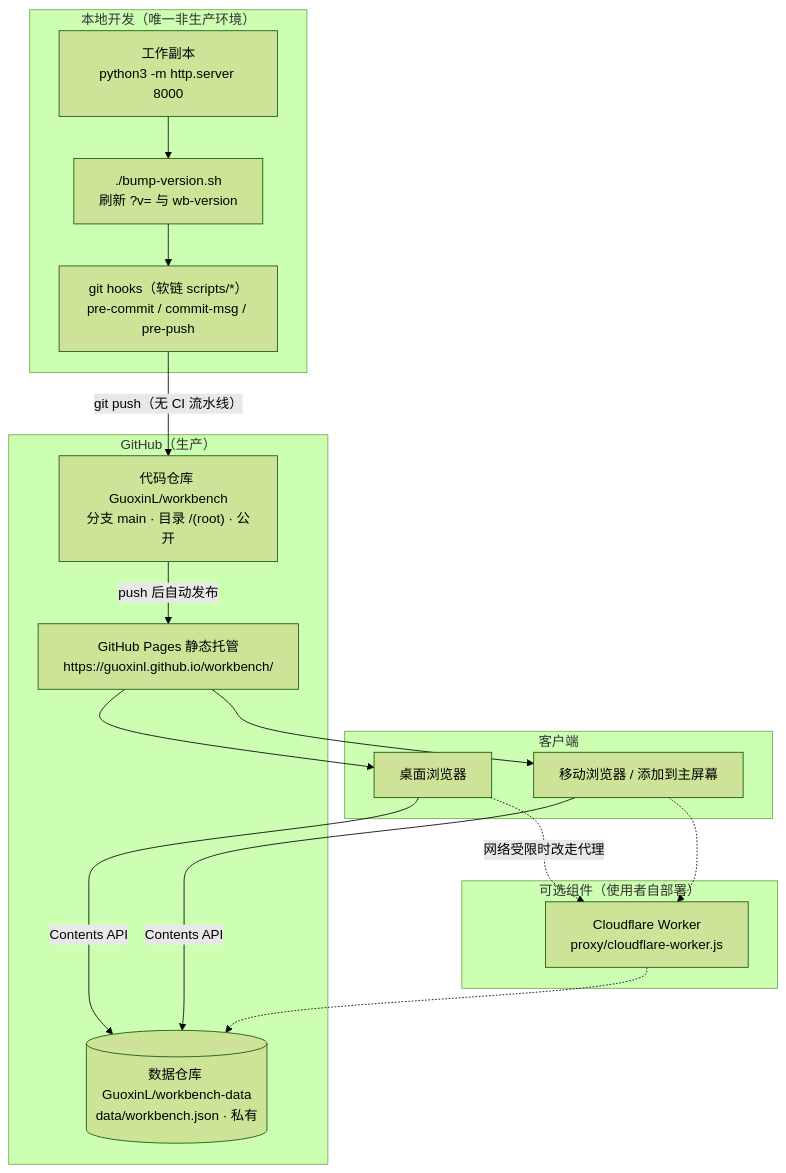
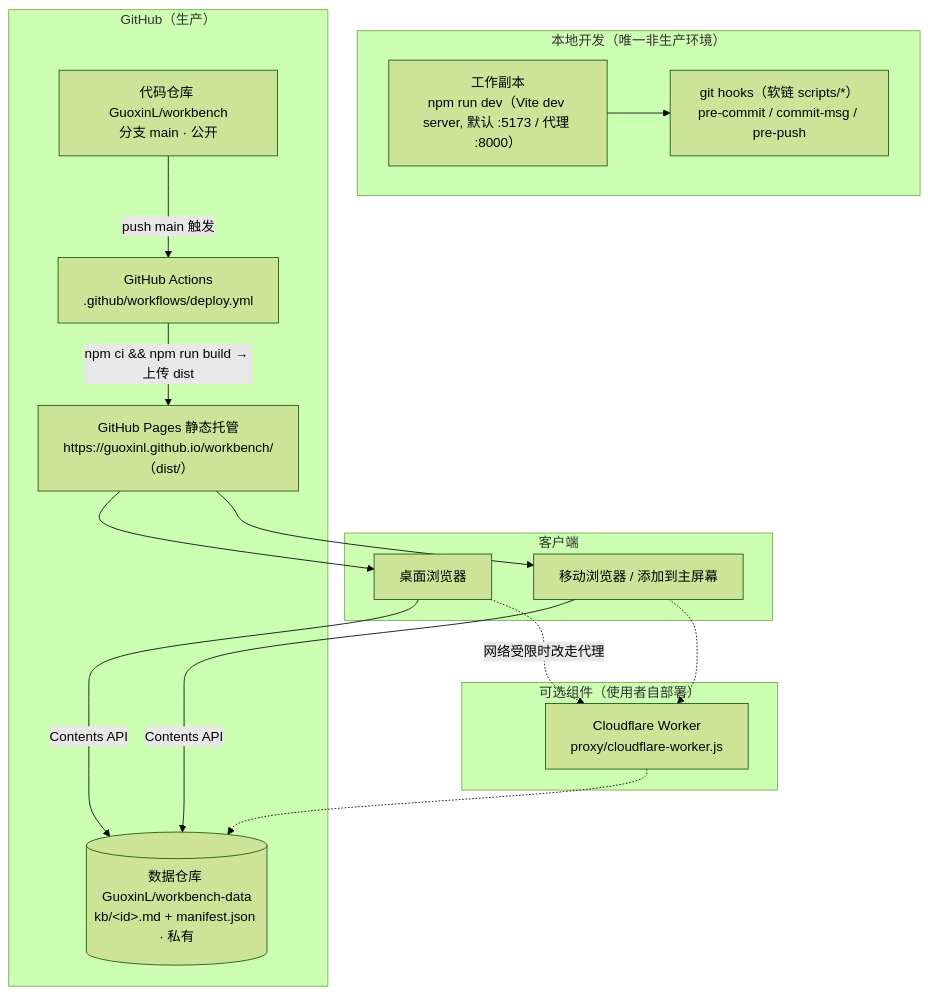
The fifth of 5 diagrams in .harness/docs/architecture.md (GuoxinL/workbench), drawn with Mermaid (forest theme) before and after one commit. The commit also changed other lines of this file and 27 other files, not shown here.

````diff
--- a/.harness/docs/architecture.md
+++ b/.harness/docs/architecture.md
@@ -296,34 +319,34 @@
 ```mermaid
 graph TD
     subgraph Dev["本地开发（唯一非生产环境）"]
-        SRC["工作副本<br/>python3 -m http.server 8000"]
+        SRC["工作副本<br/>npm run dev（Vite dev server, 默认 :5173 / 代理 :8000）"]
         HOOK["git hooks（软链 scripts/*）<br/>pre-commit / commit-msg / pre-push"]
-        BUMP["./bump-version.sh<br/>刷新 ?v= 与 wb-version"]
-        SRC --> BUMP --> HOOK
+        SRC --> HOOK
     end
 
     subgraph GitHubOrg["GitHub（生产）"]
-        CodeRepo["代码仓库 GuoxinL/workbench<br/>分支 main · 目录 /(root) · 公开"]
-        PagesCDN["GitHub Pages 静态托管<br/>https://guoxinl.github.io/workbench/"]
-        DataRepo[("数据仓库 GuoxinL/workbench-data<br/>data/workbench.json · 私有")]
-        CodeRepo -->|"push 后自动发布"| PagesCDN
+        CodeRepo["代码仓库 GuoxinL/workbench<br/>分支 main · 公开"]
+        Actions["GitHub Actions<br/>.github/workflows/deploy.yml"]
+        PagesCDN["GitHub Pages 静态托管<br/>https://guoxinl.github.io/workbench/（dist/）"]
+        DataRepo[("数据仓库 GuoxinL/workbench-data<br/>kb/&lt;id&gt;.md + manifest.json · 私有")]
+        CodeRepo -->|"push main 触发"| Actions
+        Actions -->|"npm ci && npm run build → 上传 dist"| PagesCDN
     end
 
     subgraph Optional["可选组件（使用者自部署）"]
         CFW["Cloudflare Worker<br/>proxy/cloudflare-worker.js"]
     end
 
     subgraph Clients["客户端"]
         Desktop["桌面浏览器"]
         Mobile["移动浏览器 / 添加到主屏幕"]
     end
 
-    HOOK -->|"git push（无 CI 流水线）"| CodeRepo
     PagesCDN --> Desktop
     PagesCDN --> Mobile
     Desktop -->|"Contents API"| DataRepo
     Mobile -->|"Contents API"| DataRepo
     Desktop -.->|"网络受限时改走代理"| CFW
     Mobile -.-> CFW
     CFW -.-> DataRepo
 ```
````
